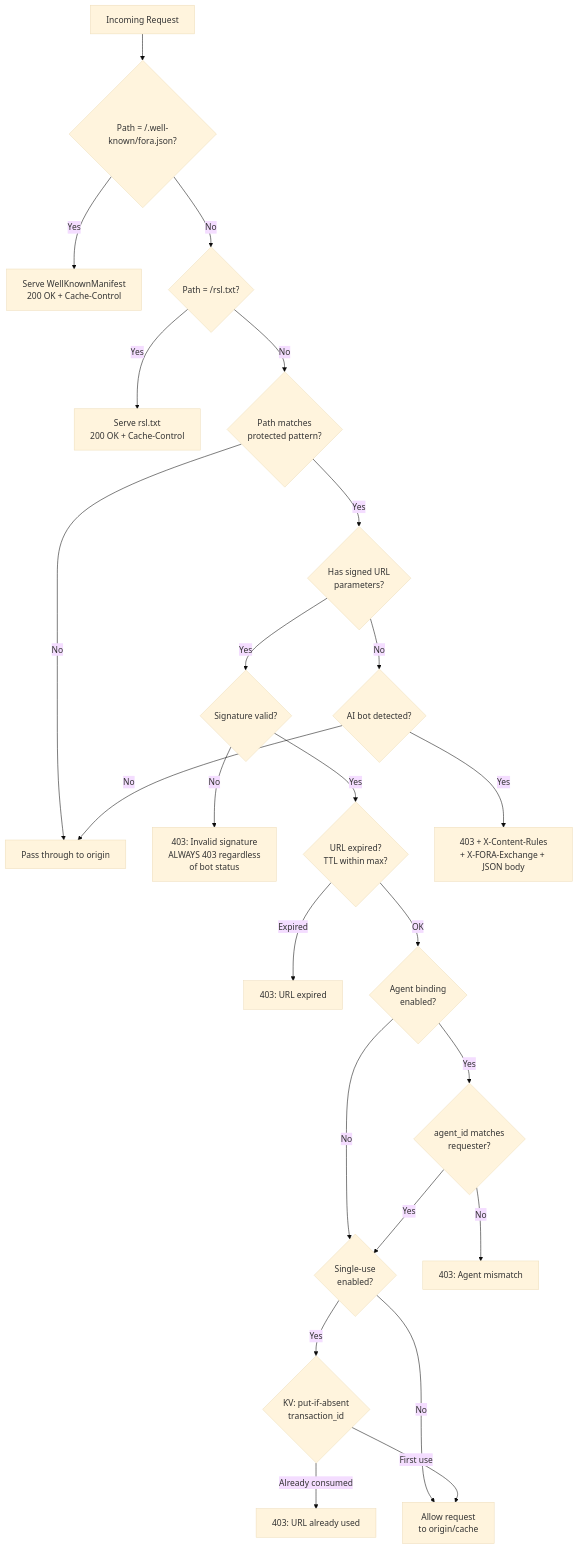
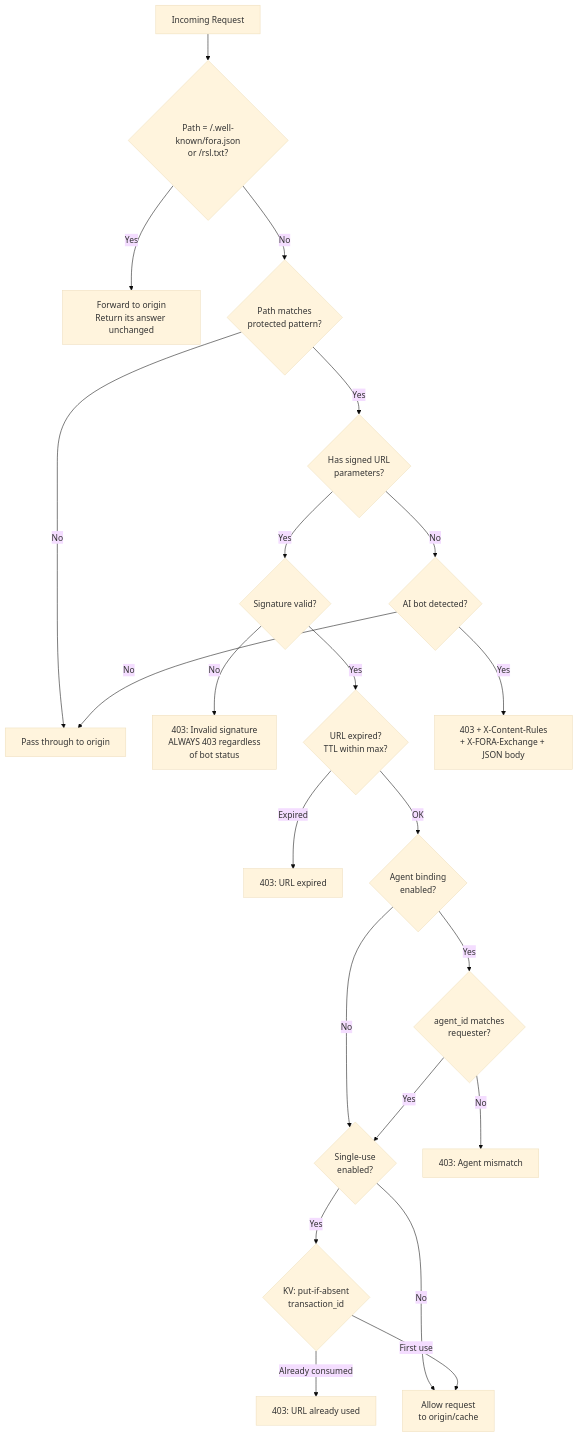
Before and after one commit to FORA-Protocol/protocol: the diagram in website/src/content/docs/components/edge-function/overview.mdx, drawn with Mermaid (base theme). The commit also changed other lines of this file and 3 other files, not shown here.

First line of the commit message:
Say the edge passes a provider's fora.json and rsl.txt through to its origin

````diff
--- a/website/src/content/docs/components/edge-function/overview.mdx
+++ b/website/src/content/docs/components/edge-function/overview.mdx
@@ -47,26 +47,24 @@
 ```mermaid
 flowchart TD
-    REQ[Incoming Request] --> FORA_JSON{Path = /.well-known/fora.json?}
-    FORA_JSON -->|Yes| SERVE_MANIFEST[Serve WellKnownManifest<br/>200 OK + Cache-Control]
-    FORA_JSON -->|No| RSL_TXT{Path = /rsl.txt?}
-    RSL_TXT -->|Yes| SERVE_RSL[Serve rsl.txt<br/>200 OK + Cache-Control]
-    RSL_TXT -->|No| PROTECTED{Path matches<br/>protected pattern?}
+    REQ[Incoming Request] --> PROVIDER_DOCS{Path = /.well-known/fora.json<br/>or /rsl.txt?}
+    PROVIDER_DOCS -->|Yes| FORWARD_DOCS[Forward to origin<br/>Return its answer unchanged]
+    PROVIDER_DOCS -->|No| PROTECTED{Path matches<br/>protected pattern?}
     PROTECTED -->|No| PASSTHROUGH[Pass through to origin]
     PROTECTED -->|Yes| HAS_SIG{Has signed URL<br/>parameters?}
     HAS_SIG -->|Yes| VERIFY_SIG{Signature valid?}
     VERIFY_SIG -->|No| BLOCK_INVALID[403: Invalid signature<br/>ALWAYS 403 regardless<br/>of bot status]
     VERIFY_SIG -->|Yes| CHECK_EXPIRY{URL expired?<br/>TTL within max?}
     CHECK_EXPIRY -->|Expired| BLOCK_EXPIRED[403: URL expired]
     CHECK_EXPIRY -->|OK| CHECK_AGENT{Agent binding<br/>enabled?}
     CHECK_AGENT -->|Yes| VERIFY_AGENT{agent_id matches<br/>requester?}
     CHECK_AGENT -->|No| CHECK_SINGLE_USE
     VERIFY_AGENT -->|No| BLOCK_AGENT[403: Agent mismatch]
     VERIFY_AGENT -->|Yes| CHECK_SINGLE_USE{Single-use<br/>enabled?}
     CHECK_SINGLE_USE -->|Yes| KV_CHECK{KV: put-if-absent<br/>transaction_id}
     CHECK_SINGLE_USE -->|No| ALLOW[Allow request<br/>to origin/cache]
     KV_CHECK -->|Already consumed| BLOCK_REUSE[403: URL already used]
     KV_CHECK -->|First use| ALLOW
     HAS_SIG -->|No| IS_BOT{AI bot detected?}
     IS_BOT -->|Yes| BLOCK_BOT[403 + X-Content-Rules<br/>+ X-FORA-Exchange + JSON body]
     IS_BOT -->|No| PASSTHROUGH
 ```
````
